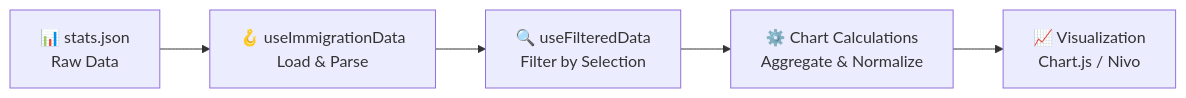
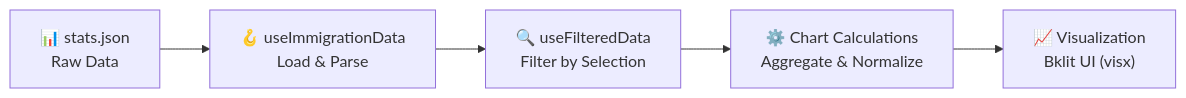
One commit to RetroHazard/JP_Immigration_Dashboard changed the second of 16 diagrams in ARCHITECTURE.md. Above: the diagram before and after it, drawn with Mermaid. The commit also changed other lines of this file and 10 other files, not shown here.

````diff
--- a/ARCHITECTURE.md
+++ b/ARCHITECTURE.md
@@ -54,13 +56,13 @@
 ```mermaid
 graph LR
     DATA["📊 stats.json<br/>Raw Data"] 
     HOOK["🪝 useImmigrationData<br/>Load & Parse"]
     FILTER["🔍 useFilteredData<br/>Filter by Selection"]
     CALC["⚙️ Chart Calculations<br/>Aggregate & Normalize"]
-    VIZ["📈 Visualization<br/>Chart.js / Nivo"]
+    VIZ["📈 Visualization<br/>Bklit UI (visx)"]
     
     DATA --> HOOK
     HOOK --> FILTER
     FILTER --> CALC
     CALC --> VIZ
 ```
````
